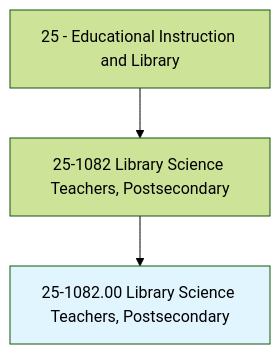
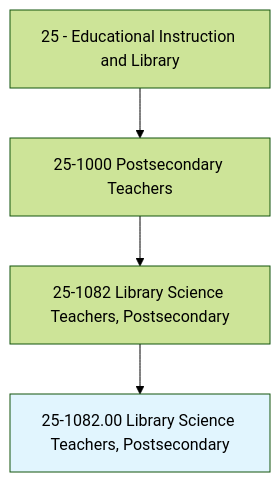
The first of 4 diagrams in occupations/Education/LibraryScienceTeachersPostsecondary.mdx (kziemski/business.org.ai), drawn with Mermaid (forest theme) before and after one commit. The commit also changed other lines of this file and 938 other files, not shown here.

````diff
--- a/occupations/Education/LibraryScienceTeachersPostsecondary.mdx
+++ b/occupations/Education/LibraryScienceTeachersPostsecondary.mdx
@@ -19,6 +23,7 @@
 ```mermaid
 graph TD
-    Cat25["25 - Educational Instruction and Library"] --> Group251082["25-1082 Library Science Teachers, Postsecondary"]
+    Cat25["25 - Educational Instruction and Library"] --> Group251["25-1000 Postsecondary Teachers"]
+    Group251 --> Group251082["25-1082 Library Science Teachers, Postsecondary"]
     Group251082 --> Current["25-1082.00 Library Science Teachers, Postsecondary"]
     style Current fill:#e1f5fe
 ```
````
